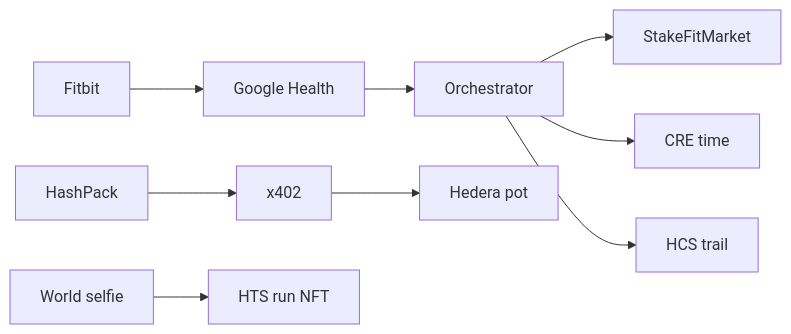
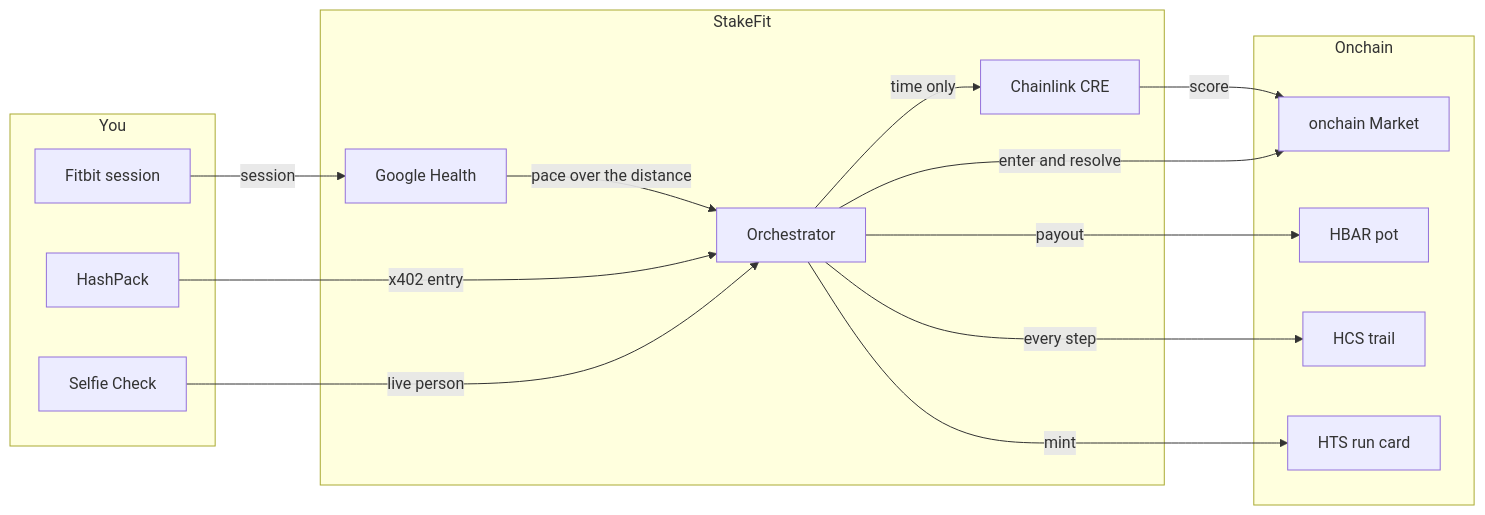
Before and after one commit to dhananjaypai08/StakeFit: the diagram in README.md, drawn with Mermaid.

````diff
--- a/README.md
+++ b/README.md
@@ -24,11 +24,32 @@
 ```mermaid
 flowchart LR
-  Fitbit --> Health[Google Health]
-  Health --> Orch[Orchestrator]
-  HashPack --> Pay[x402]
-  Pay --> Hedera[Hedera pot]
-  Orch --> Sepolia[StakeFitMarket]
-  Orch --> CRE[CRE time]
-  Orch --> HCS[HCS trail]
-  World[World selfie] --> HTS[HTS run NFT]
+  subgraph you[You]
+    Fitbit[Fitbit session]
+    Wallet[HashPack]
+    Selfie[Selfie Check]
+  end
+
+  subgraph stakefit[StakeFit]
+    Health[Google Health]
+    Orch[Orchestrator]
+    CRE[Chainlink CRE]
+  end
+
+  subgraph chain[Onchain]
+    Market[onchain Market]
+    Pot[HBAR pot]
+    Trail[HCS trail]
+    Card[HTS run card]
+  end
+
+  Fitbit -->|"session"| Health
+  Health -->|"pace over the distance"| Orch
+  Wallet -->|"x402 entry"| Orch
+  Orch -->|"time only"| CRE
+  CRE -->|"score"| Market
+  Orch -->|"enter and resolve"| Market
+  Orch -->|"payout"| Pot
+  Orch -->|"every step"| Trail
+  Selfie -->|"live person"| Orch
+  Orch -->|"mint"| Card
 ```
````
